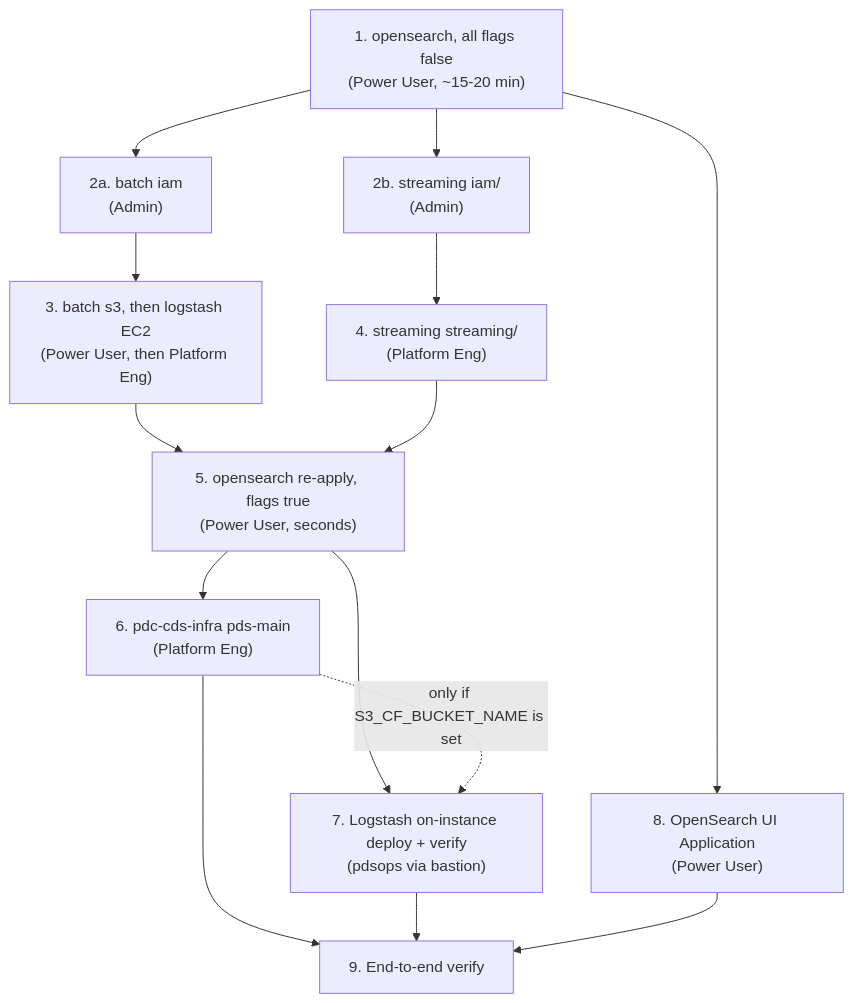
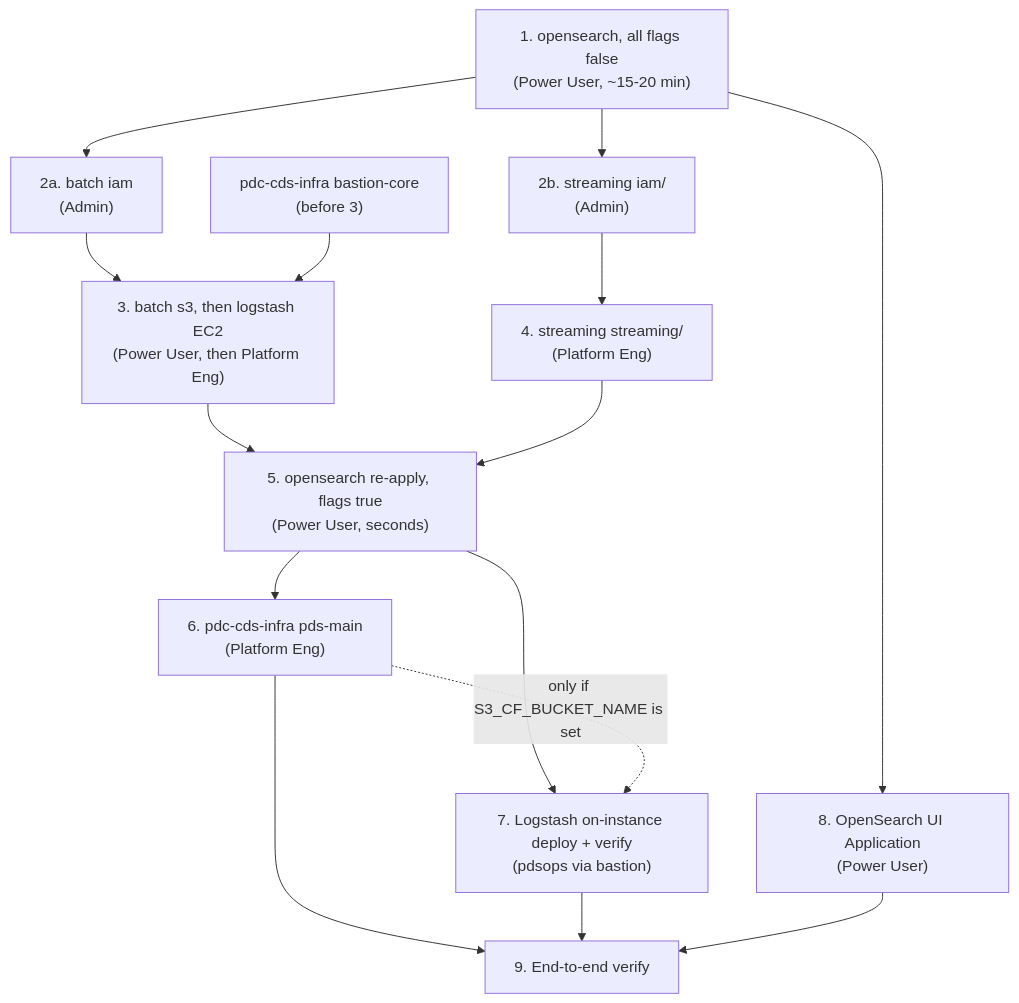
Before and after one commit to NASA-PDS/o11y-platform: the second of 2 diagrams in terraform/README.md, drawn with Mermaid. The commit also changed other lines of this file, not shown here.

Commit message:
Runbook: Phase 3 needs bastion-core; add bastion SG to SSM contract

````diff
--- a/terraform/README.md
+++ b/terraform/README.md
@@ -131,26 +132,28 @@
 ```mermaid
 flowchart TD
     P1["1. opensearch, all flags false\n(Power User, ~15-20 min)"]
     P2a["2a. batch iam\n(Admin)"]
     P2b["2b. streaming iam/\n(Admin)"]
     P3["3. batch s3, then logstash EC2\n(Power User, then Platform Eng)"]
     P4["4. streaming streaming/\n(Platform Eng)"]
     P5["5. opensearch re-apply, flags true\n(Power User, seconds)"]
     P6["6. pdc-cds-infra pds-main\n(Platform Eng)"]
     P7["7. Logstash on-instance deploy + verify\n(pdsops via bastion)"]
     P8["8. OpenSearch UI Application\n(Power User)"]
     P9["9. End-to-end verify"]
+    PB["pdc-cds-infra bastion-core\n(before 3)"]
 
     P1 --> P2a & P2b
     P2a --> P3
+    PB --> P3
     P2b --> P4
     P3 --> P5
     P4 --> P5
     P5 --> P6
     P5 --> P7
     P6 -.->|"only if S3_CF_BUCKET_NAME is set"| P7
     P1 --> P8
     P6 --> P9
     P7 --> P9
     P8 --> P9
 ```
````
